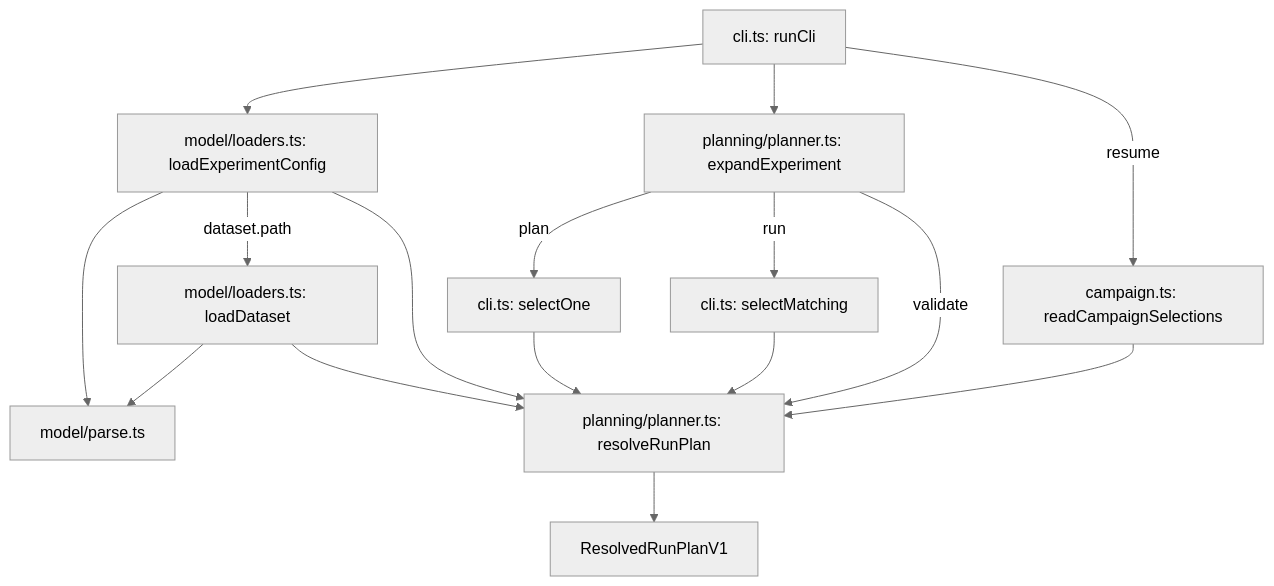
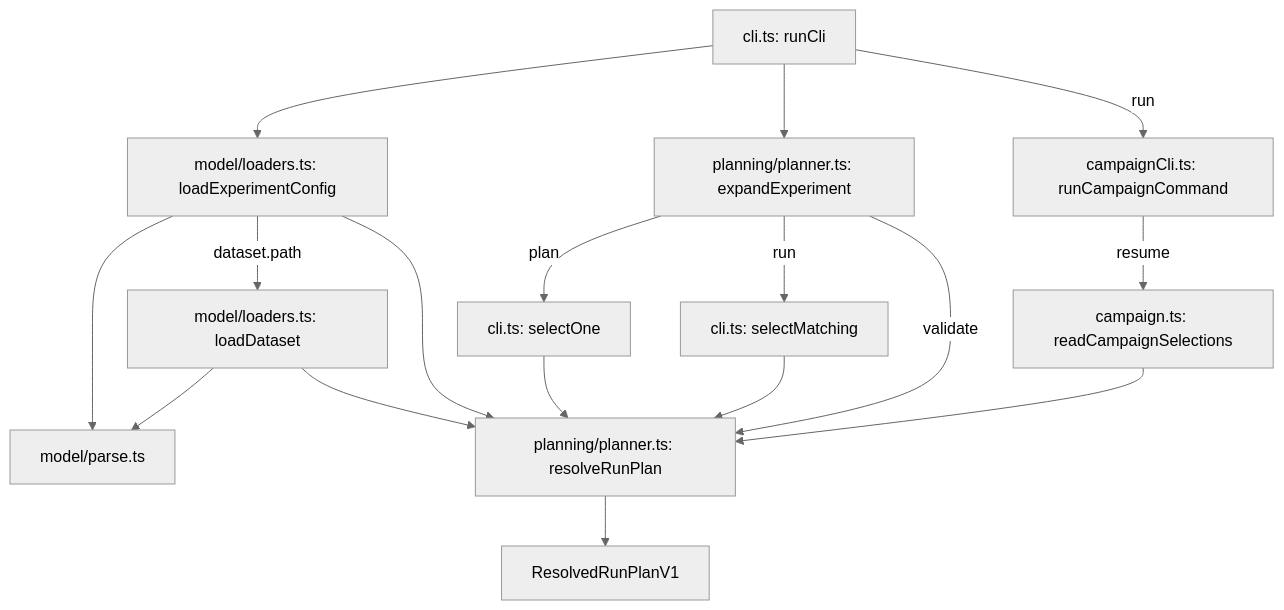
The second of 3 diagrams in docs/codebase-guide.md (stripe/forge), drawn with Mermaid (neutral theme) before and after one commit. The commit also changed other lines of this file and 10 other files, not shown here.

First line of the commit message:
forge: share campaign command orchestration with hosts

````diff
--- a/docs/codebase-guide.md
+++ b/docs/codebase-guide.md
@@ -145,24 +146,26 @@
 ```mermaid
 flowchart TD
     CLI[cli.ts: runCli]
     LD[model/loaders.ts: loadDataset]
     LE[model/loaders.ts: loadExperimentConfig]
     PM[model/parse.ts]
     EX[planning/planner.ts: expandExperiment]
     ONE[cli.ts: selectOne]
     MANY[cli.ts: selectMatching]
     SAVED[campaign.ts: readCampaignSelections]
     RP[planning/planner.ts: resolveRunPlan]
     PLAN[ResolvedRunPlanV1]
 
     CLI --> LE --> PM
     LE -->|dataset.path| LD --> PM
     CLI --> EX
     EX -->|plan| ONE --> RP
     EX -->|run| MANY --> RP
     EX -->|validate| RP
-    CLI -->|resume| SAVED --> RP
+    COMMAND[campaignCli.ts: runCampaignCommand]
+    CLI -->|run| COMMAND
+    COMMAND -->|resume| SAVED --> RP
     LD --> RP
     LE --> RP
     RP --> PLAN
 ```
````
